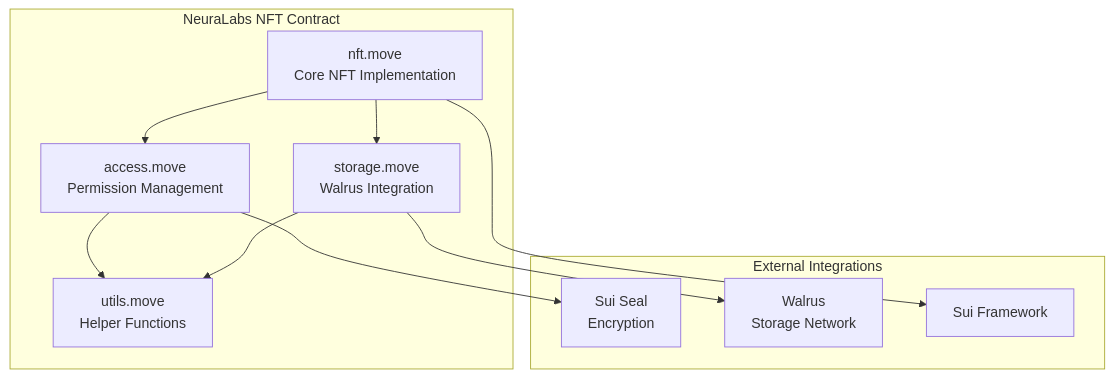
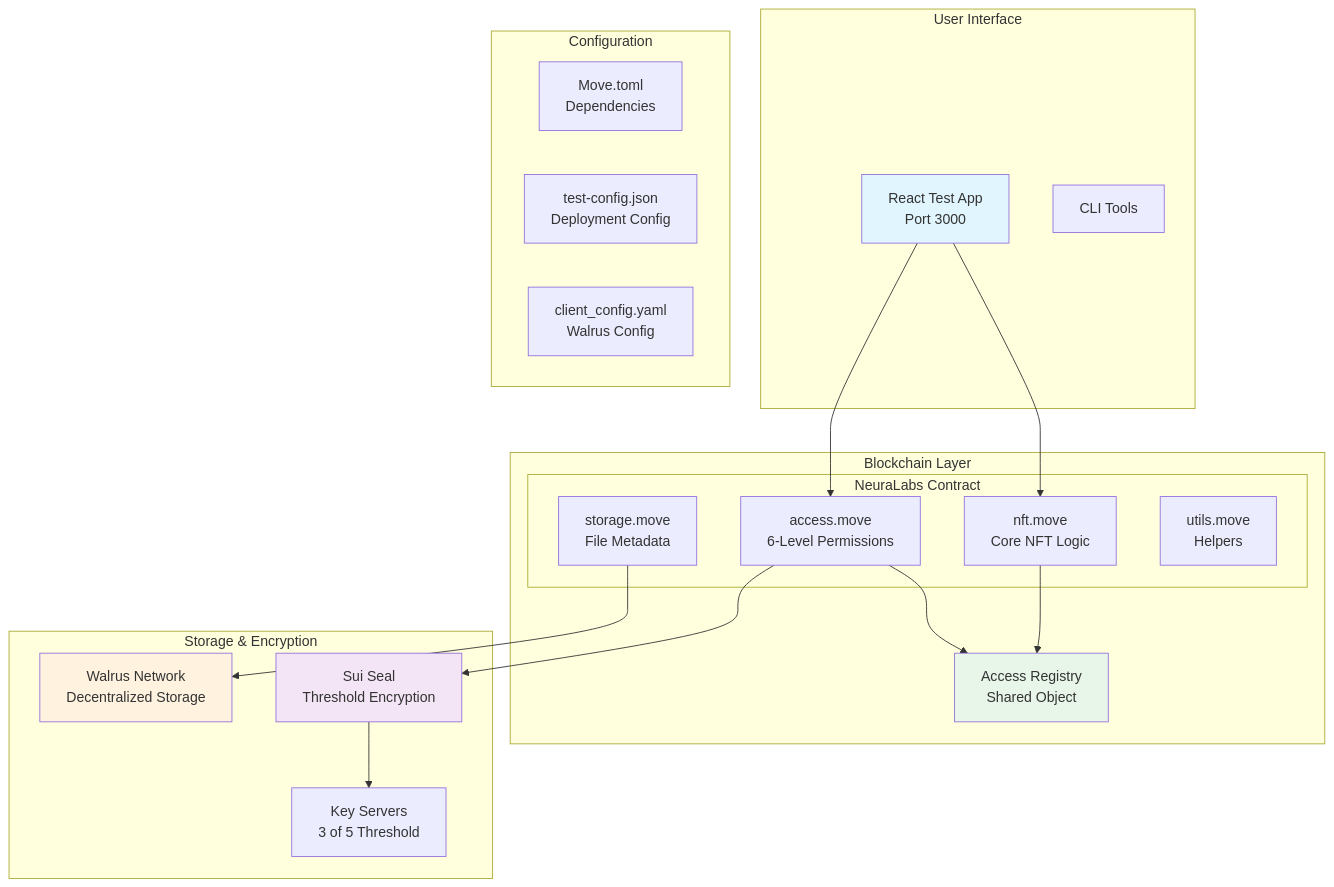
Before and after one commit to NeuraLabsHQ/neuralabs-coinbase: the first of 3 diagrams in documentation/blog/2024-05-24-neuralabs-nft-contract-deployment.mdx, drawn with Mermaid. The commit also changed other lines of this file, not shown here.

````diff
--- a/documentation/blog/2024-05-24-neuralabs-nft-contract-deployment.mdx
+++ b/documentation/blog/2024-05-24-neuralabs-nft-contract-deployment.mdx
@@ -37,23 +41,43 @@
 ```mermaid
 graph TB
-    subgraph "NeuraLabs NFT Contract"
-        NFT[nft.move<br/>Core NFT Implementation]
-        ACCESS[access.move<br/>Permission Management]
-        STORAGE[storage.move<br/>Walrus Integration]
-        UTILS[utils.move<br/>Helper Functions]
+    subgraph "User Interface"
+        GUI[React Test App<br/>Port 3000]
+        CLI[CLI Tools]
     end
     
-    subgraph "External Integrations"
-        SEAL[Sui Seal<br/>Encryption]
-        WALRUS[Walrus<br/>Storage Network]
-        SUI[Sui Framework]
+    subgraph "Blockchain Layer"
+        subgraph "NeuraLabs Contract"
+            NFT[nft.move<br/>Core NFT Logic]
+            ACCESS[access.move<br/>6-Level Permissions]
+            STORAGE[storage.move<br/>File Metadata]
+            UTILS[utils.move<br/>Helpers]
+        end
+        
+        REGISTRY[Access Registry<br/>Shared Object]
     end
     
-    NFT --> ACCESS
-    NFT --> STORAGE
-    ACCESS --> UTILS
-    STORAGE --> UTILS
+    subgraph "Storage & Encryption"
+        WALRUS[Walrus Network<br/>Decentralized Storage]
+        SEAL[Sui Seal<br/>Threshold Encryption]
+        KEYSERVERS[Key Servers<br/>3 of 5 Threshold]
+    end
+    
+    subgraph "Configuration"
+        MOVETOML[Move.toml<br/>Dependencies]
+        TESTCONFIG[test-config.json<br/>Deployment Config]
+        CLIENTCONFIG[client_config.yaml<br/>Walrus Config]
+    end
+    
+    GUI --> NFT
+    GUI --> ACCESS
+    NFT --> REGISTRY
+    ACCESS --> REGISTRY
     STORAGE --> WALRUS
     ACCESS --> SEAL
-    NFT --> SUI
+    SEAL --> KEYSERVERS
+    
+    style GUI fill:#e1f5fe
+    style WALRUS fill:#fff3e0
+    style SEAL fill:#f3e5f5
+    style REGISTRY fill:#e8f5e9
 ```
````
